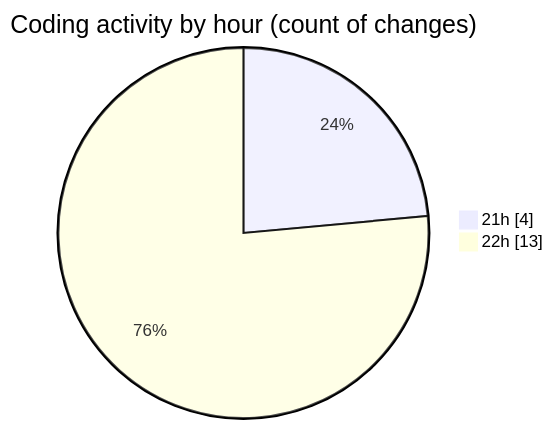
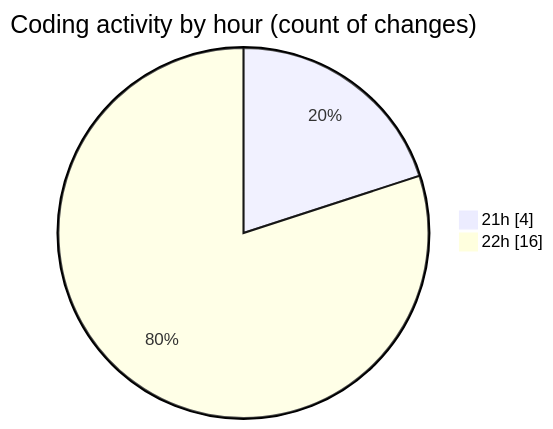
Before and after one commit to MatusMokan/code-tracking: the second of 2 diagrams in 2025-11-14/untitled__workspace_/README.md, drawn with Mermaid. The commit also changed other lines of this file and 1 other file, not shown here.

````diff
--- a/2025-11-14/untitled__workspace_/README.md
+++ b/2025-11-14/untitled__workspace_/README.md
@@ -32,6 +32,6 @@
 ```mermaid
 pie showData
 title Coding activity by hour (count of changes)
 "21h" : 4
-"22h" : 13
+"22h" : 16
 ```
````
